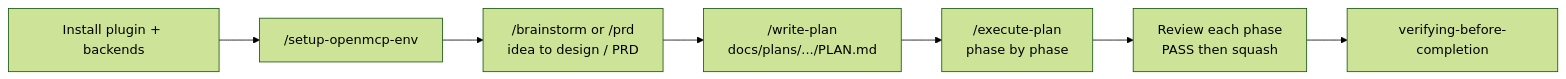
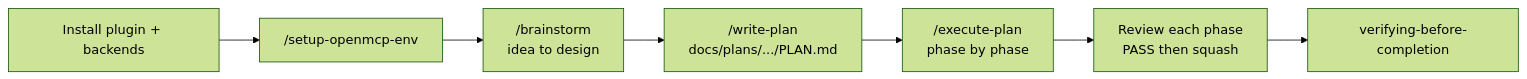
Before and after one commit to sitien173/refract: the second of 6 diagrams in plugin/README.md, drawn with Mermaid (forest theme). The commit also changed other lines of this file and 25 other files, not shown here.

````diff
--- a/plugin/README.md
+++ b/plugin/README.md
@@ -257,9 +252,9 @@
 ```mermaid
 flowchart LR
     I["Install plugin + backends"] --> E["/setup-openmcp-env"]
-    E --> B["/brainstorm or /prd<br/>idea to design / PRD"]
+    E --> B["/brainstorm<br/>idea to design"]
     B --> W["/write-plan<br/>docs/plans/.../PLAN.md"]
     W --> X["/execute-plan<br/>phase by phase"]
     X --> R["Review each phase<br/>PASS then squash"]
     R --> V["verifying-before-completion"]
 ```
````
